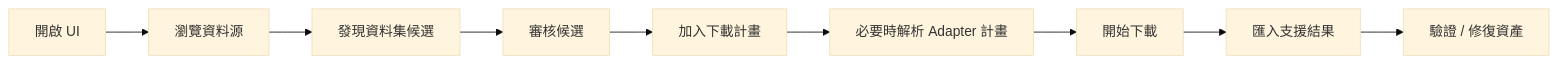
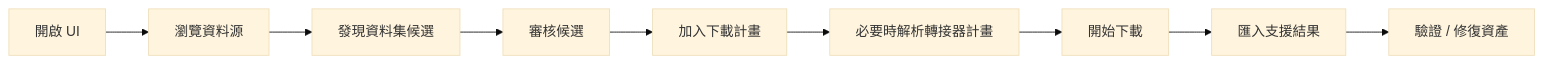
Before and after one commit to YanAnnLu/APIkeys_collection: the diagram in docs/USER_MANUAL.zh-TW.md, drawn with Mermaid (base theme). The commit also changed 17 other files, not shown here.

````diff
--- a/docs/USER_MANUAL.zh-TW.md
+++ b/docs/USER_MANUAL.zh-TW.md
@@ -9,11 +9,11 @@
 ```mermaid
 flowchart LR
     open["開啟 UI"] --> browse["瀏覽資料源"]
     browse --> discover["發現資料集候選"]
     discover --> review["審核候選"]
     review --> plan["加入下載計畫"]
-    plan --> resolve["必要時解析 Adapter 計畫"]
+    plan --> resolve["必要時解析轉接器計畫"]
     resolve --> download["開始下載"]
     download --> import["匯入支援結果"]
     import --> repair["驗證 / 修復資產"]
 ```
````
